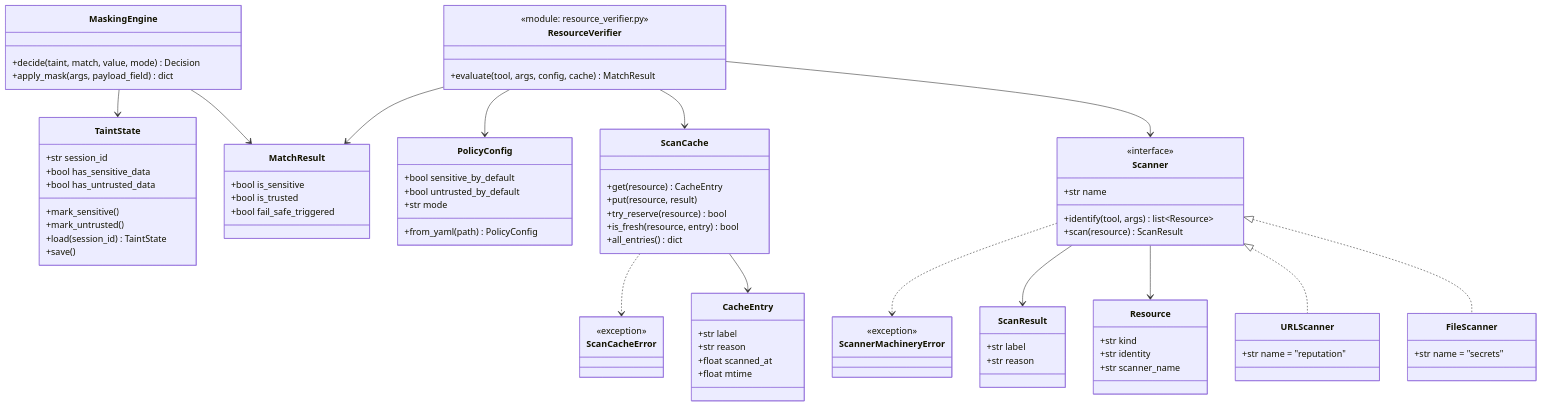
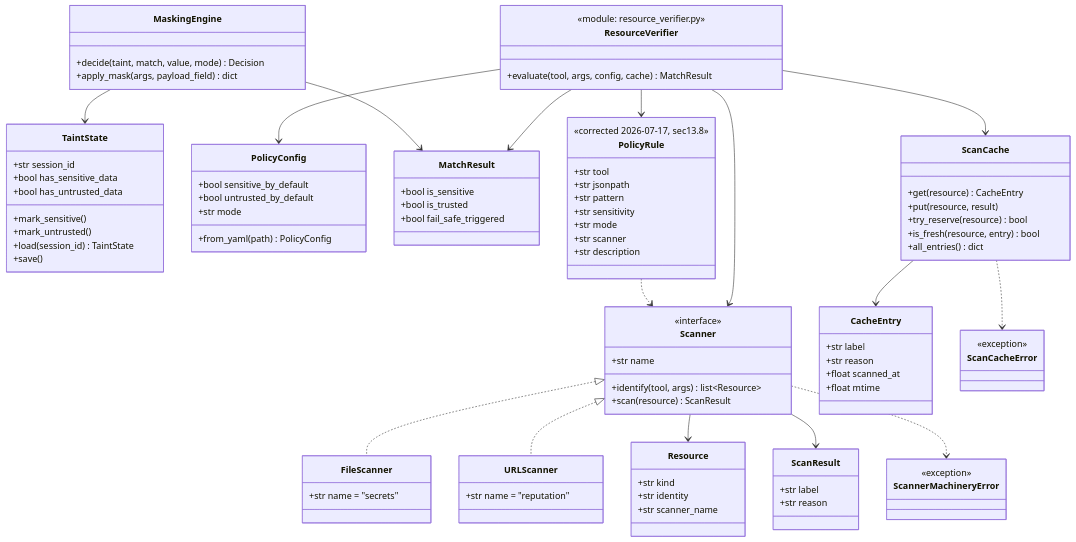
Before and after one commit to drusifer/Scalene: the second of 4 diagrams in docs/ARCHITECTURE.md, drawn with Mermaid. The commit also changed other lines of this file and 5 other files, not shown here.

First line of the commit message:
State save: architecture correction written, sprint go pending

```diff
--- a/docs/ARCHITECTURE.md
+++ b/docs/ARCHITECTURE.md
@@ -64,6 +64,16 @@
     class ResourceVerifier {
         <<module: resource_verifier.py>>
         +evaluate(tool, args, config, cache) MatchResult
+    }
+    class PolicyRule {
+        <<corrected 2026-07-17, sec13.8>>
+        +str tool
+        +str jsonpath
+        +str pattern
+        +str sensitivity
+        +str mode
+        +str scanner
+        +str description
     }
     class Scanner {
         <<interface>>
@@ -117,7 +127,9 @@
     ResourceVerifier --> Scanner
     ResourceVerifier --> ScanCache
     ResourceVerifier --> PolicyConfig
+    ResourceVerifier --> PolicyRule
     ResourceVerifier --> MatchResult
+    PolicyRule ..> Scanner
     ScanCache --> CacheEntry
     ScanCache ..> ScanCacheError
     MaskingEngine --> MatchResult
```
